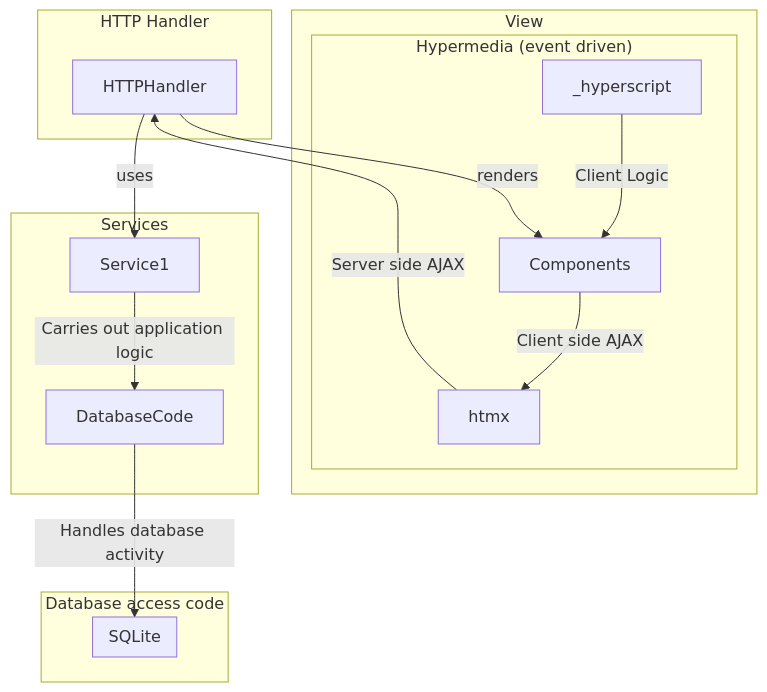
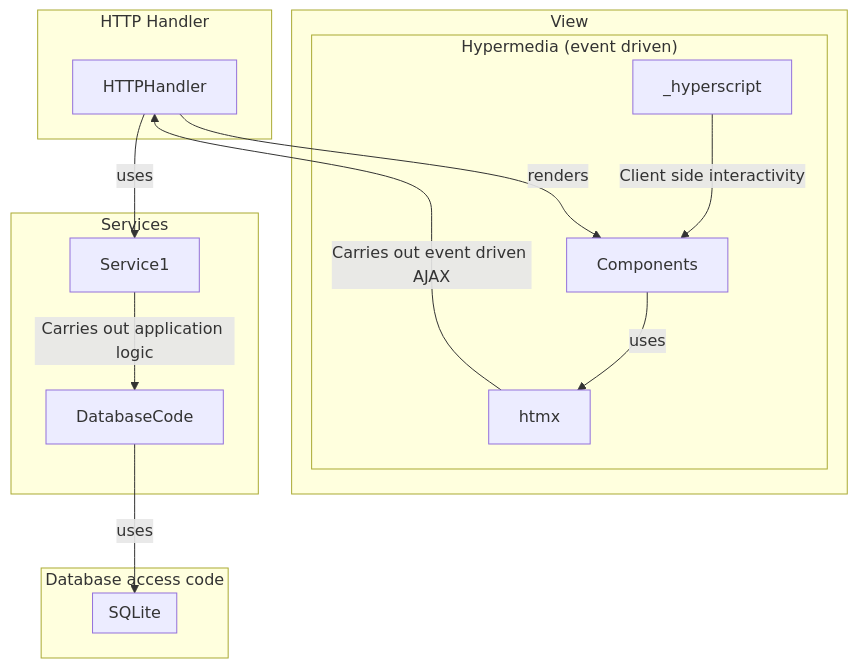
The diagram in ARCHITECTURE.md (lloydlobo/go-echo-htmx), drawn with Mermaid before and after one commit. The commit also changed 28 other files, not shown here.

````diff
--- a/ARCHITECTURE.md
+++ b/ARCHITECTURE.md
@@ -9,39 +9,39 @@
 ```mermaid
 graph TD
     subgraph "HTTP Handler"
         HTTPHandler
         %% HTTPHandler -->|Processes HTTP requests| Response
         %% Response -->|Creates HTTP responses| Components
     end
 
     subgraph "View"
-        %% Components[View]
-        Components -->|Client side AJAX| htmx
+        Components -->| uses| htmx
         subgraph "Hypermedia (event driven)"
-            _hyperscript -->|Client Logic| Components
-            htmx -->|Server side AJAX| HTTPHandler
+            _hyperscript -->|Client side interactivity| Components
+            htmx -->|Carries out event driven AJAX| HTTPHandler
         end
     end
 
     subgraph "Services"
         Service1 -->|Carries out application logic| DatabaseCode
         %% Service2 -->|Carries out application logic| DatabaseCode
     end
 
     subgraph "Database access code"
-        DatabaseCode -->|Handles database activity| SQLite
+        %%DatabaseCode -->|Handles database activity| SQLite
+        DatabaseCode -->|uses| SQLite
     end
 
     subgraph "SQLite"
         SQLite[Database]
     end
 
     HTTPHandler -->|uses| Service1
     HTTPHandler -->|renders| Components
 
     %% HTTPHandler -->|uses| Service2
     %% HTTPHandler -->|renders| Components
     %% Service1 -->|use| DatabaseCode
     %% Service2 -->|use| DatabaseCode
-    %% DatabaseCode -->|uses| SQLite;
+    %%DatabaseCode -->|uses| SQLite;
 ```
````
